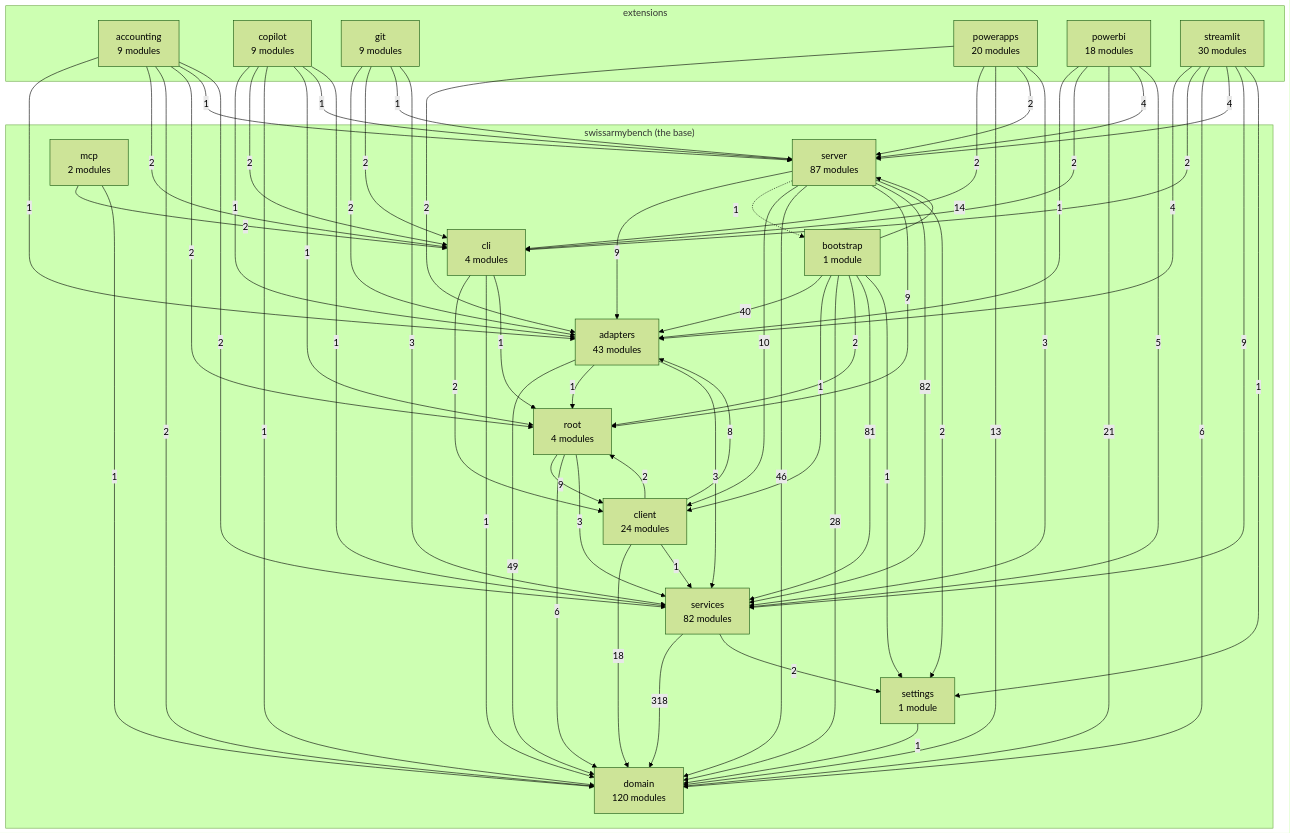
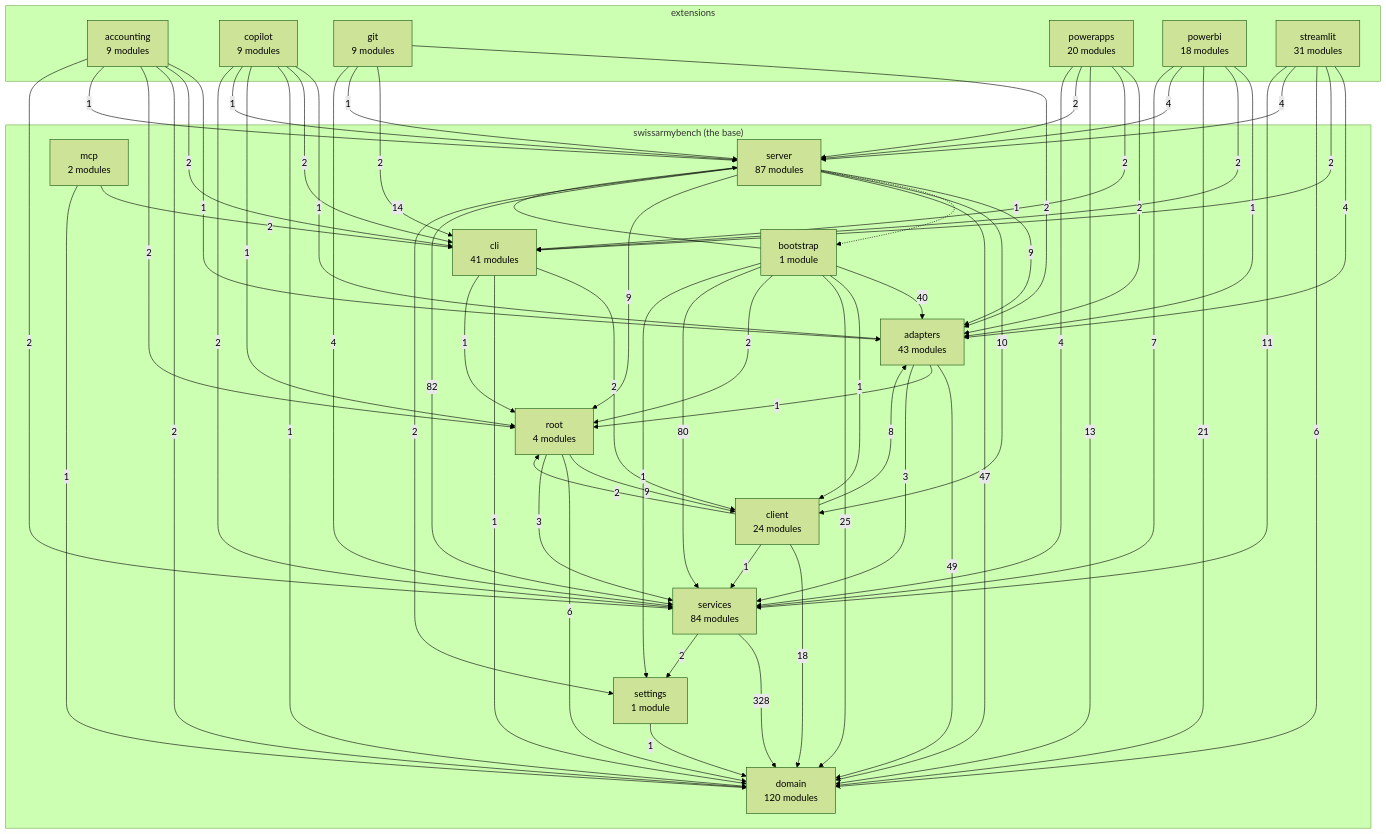
The diagram in docs/architecture-map.md (DylanCodyBrown/SwissArmyBench), drawn with Mermaid (forest theme) before and after one commit. The commit also changed other lines of this file, not shown here.

First line of the commit message:
Architecture map: written again for the merged review fixes (B1, B2, C)

````diff
--- a/docs/architecture-map.md
+++ b/docs/architecture-map.md
@@ -19,9 +19,9 @@
     subgraph base["swissarmybench (the base)"]
         domain["domain<br/>120 modules"]
         settings["settings<br/>1 module"]
-        services["services<br/>82 modules"]
+        services["services<br/>84 modules"]
         adapters["adapters<br/>43 modules"]
-        cli["cli<br/>4 modules"]
+        cli["cli<br/>41 modules"]
         client["client<br/>24 modules"]
         root["root<br/>4 modules"]
         server["server<br/>87 modules"]
@@ -34,17 +34,17 @@
         ext_git["git<br/>9 modules"]
         ext_powerapps["powerapps<br/>20 modules"]
         ext_powerbi["powerbi<br/>18 modules"]
-        ext_streamlit["streamlit<br/>30 modules"]
+        ext_streamlit["streamlit<br/>31 modules"]
     end
     adapters -->|49| domain
     adapters -->|1| root
     adapters -->|3| services
     bootstrap -->|40| adapters
     bootstrap -->|1| client
-    bootstrap -->|28| domain
+    bootstrap -->|25| domain
     bootstrap -->|2| root
     bootstrap -->|14| server
-    bootstrap -->|81| services
+    bootstrap -->|80| services
     bootstrap -->|1| settings
     cli -->|2| client
     cli -->|1| domain
@@ -64,27 +64,26 @@
     ext_copilot -->|1| domain
     ext_copilot -->|1| root
     ext_copilot -->|1| server
-    ext_copilot -->|1| services
+    ext_copilot -->|2| services
     ext_git -->|2| adapters
     ext_git -->|2| cli
     ext_git -->|1| server
-    ext_git -->|3| services
+    ext_git -->|4| services
     ext_powerapps -->|2| adapters
     ext_powerapps -->|2| cli
     ext_powerapps -->|13| domain
     ext_powerapps -->|2| server
-    ext_powerapps -->|3| services
+    ext_powerapps -->|4| services
     ext_powerbi -->|1| adapters
     ext_powerbi -->|2| cli
     ext_powerbi -->|21| domain
     ext_powerbi -->|4| server
-    ext_powerbi -->|5| services
+    ext_powerbi -->|7| services
     ext_streamlit -->|4| adapters
     ext_streamlit -->|2| cli
     ext_streamlit -->|6| domain
     ext_streamlit -->|4| server
-    ext_streamlit -->|9| services
-    ext_streamlit -->|1| settings
+    ext_streamlit -->|11| services
     mcp -->|2| cli
     mcp -->|1| domain
     root -->|9| client
@@ -93,11 +92,11 @@
     server -->|9| adapters
     server -.->|1| bootstrap
     server -->|10| client
-    server -->|46| domain
+    server -->|47| domain
     server -->|9| root
     server -->|82| services
     server -->|2| settings
-    services -->|318| domain
+    services -->|328| domain
     services -->|2| settings
     settings -->|1| domain
 ```
````
